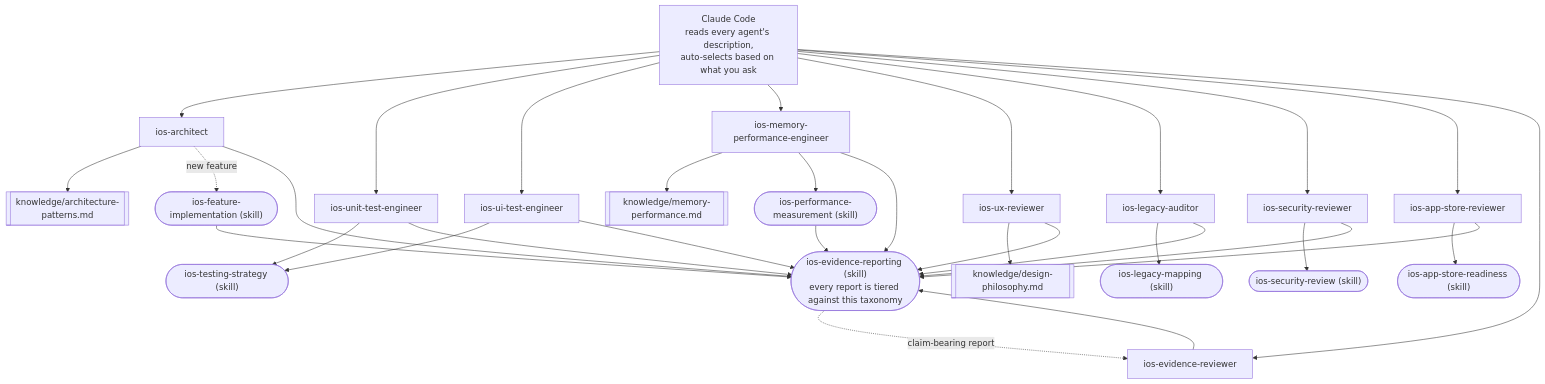
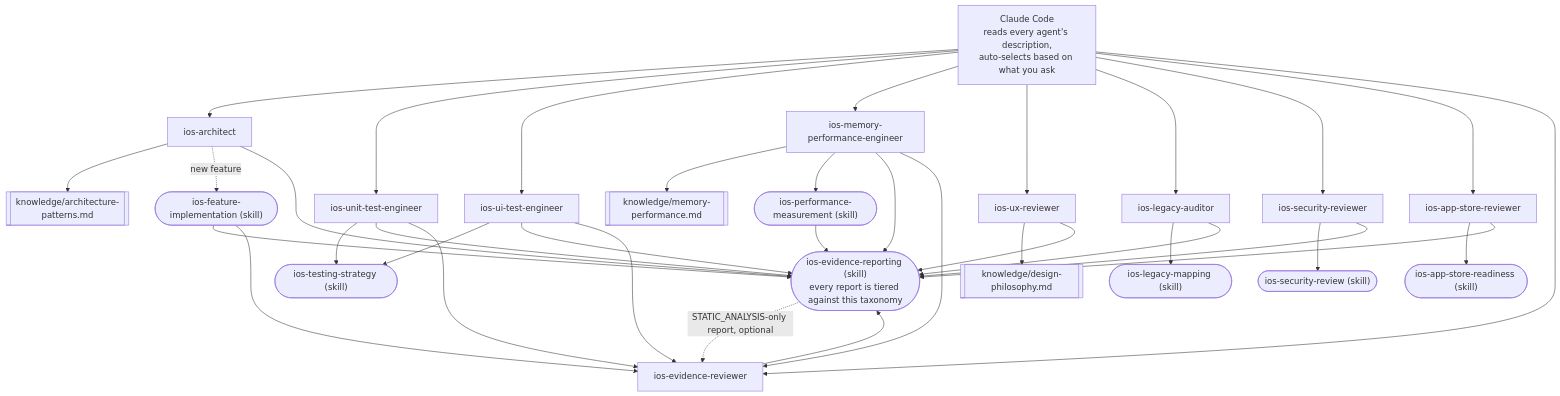
The diagram in README.md (apexbymanish/claude-ai-agents-ios), drawn with Mermaid before and after one commit. The commit also changed other lines of this file, not shown here.

First line of the commit message:
Update README for V2 audit fixes: reviewer wiring, production-ready ban

````diff
--- a/README.md
+++ b/README.md
@@ -166,42 +166,46 @@
 ```mermaid
 graph TD
     CC["Claude Code<br/>reads every agent's description,<br/>auto-selects based on what you ask"]
 
     CC --> ARCH[ios-architect]
     CC --> UNIT[ios-unit-test-engineer]
     CC --> UITEST[ios-ui-test-engineer]
     CC --> MEM[ios-memory-performance-engineer]
     CC --> UX[ios-ux-reviewer]
     CC --> LEGACY[ios-legacy-auditor]
     CC --> SEC[ios-security-reviewer]
     CC --> STORE[ios-app-store-reviewer]
     CC --> REVIEWER[ios-evidence-reviewer]
 
     ARCH --> KARCH[["knowledge/architecture-patterns.md"]]
     ARCH -. new feature .-> FEAT(["ios-feature-implementation (skill)"])
 
     UNIT --> TESTSKILL(["ios-testing-strategy (skill)"])
     UITEST --> TESTSKILL
 
     MEM --> KMEM[["knowledge/memory-performance.md"]]
     MEM --> MEASURE(["ios-performance-measurement (skill)"])
     UX --> KUX[["knowledge/design-philosophy.md"]]
     LEGACY --> LEGSKILL(["ios-legacy-mapping (skill)"])
     SEC --> SECSKILL(["ios-security-review (skill)"])
     STORE --> STORESKILL(["ios-app-store-readiness (skill)"])
 
     ARCH --> EVID
     UNIT --> EVID
     UITEST --> EVID
     MEM --> EVID
     UX --> EVID
     LEGACY --> EVID
     SEC --> EVID
     STORE --> EVID
     FEAT --> EVID
     MEASURE --> EVID
 
     EVID(["ios-evidence-reporting (skill)<br/>every report is tiered against this taxonomy"])
-    EVID -. claim-bearing report .-> REVIEWER
+    EVID -. STATIC_ANALYSIS-only report, optional .-> REVIEWER
+    UNIT --> REVIEWER
+    UITEST --> REVIEWER
+    MEM --> REVIEWER
+    FEAT --> REVIEWER
     REVIEWER --> EVID
 ```
````
